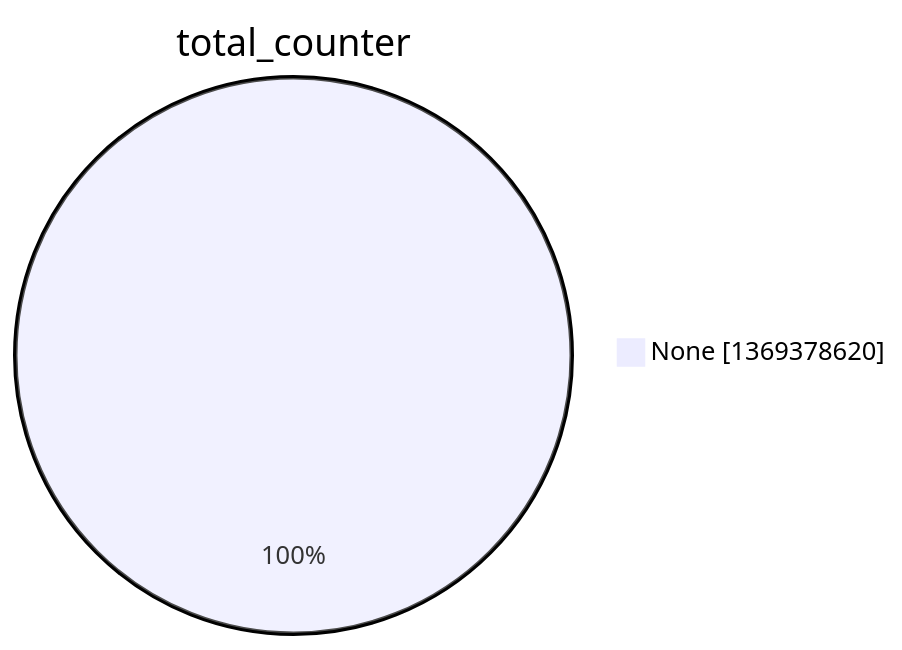
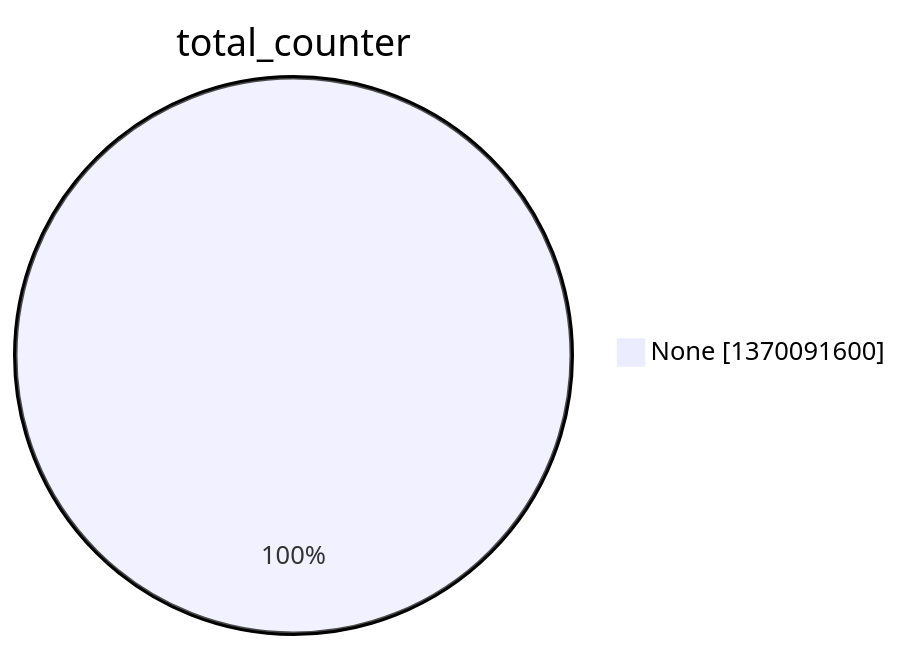
The second of 15 diagrams in argon2022/README.md (christiankrug/ctmonitor_visualization), drawn with Mermaid before and after one commit. The commit also changed other lines of this file, not shown here.

````diff
--- a/argon2022/README.md
+++ b/argon2022/README.md
@@ -9,5 +9,5 @@
 ```mermaid
 pie showData
 title total_counter
-"None" :1369378620
+"None" :1370091600
 ```
````
